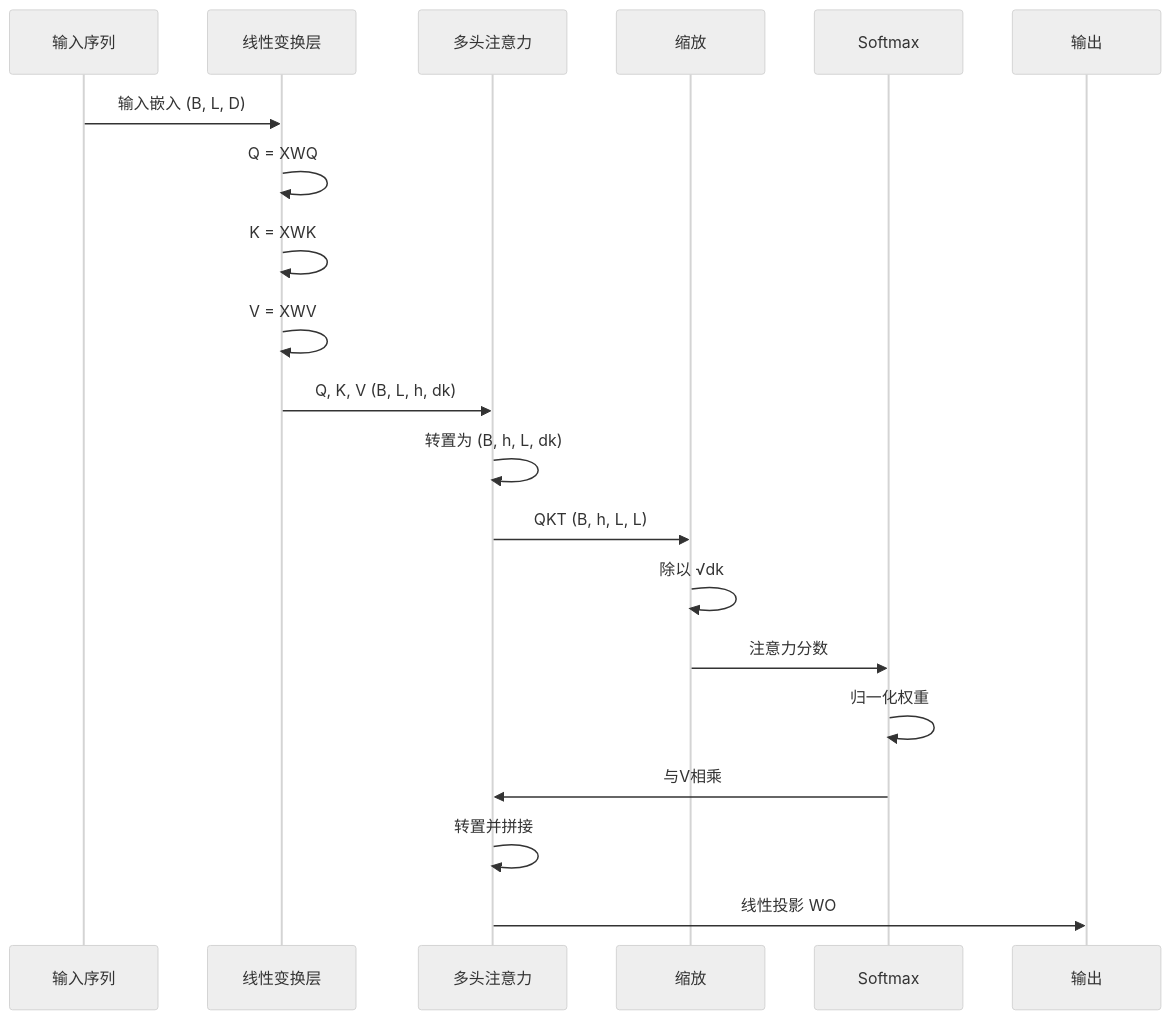
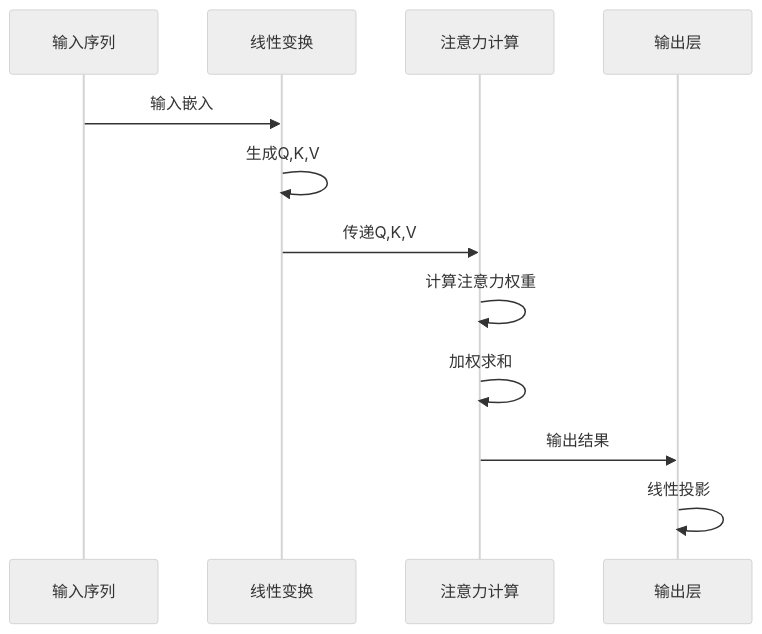
Before and after one commit to lizhenping/multi-head-self-attention: the seventh of 7 diagrams in docs/architecture.md, drawn with Mermaid (neutral theme). The commit also changed other lines of this file, not shown here.

````diff
--- a/docs/architecture.md
+++ b/docs/architecture.md
@@ -307,23 +198,15 @@
 ```mermaid
 sequenceDiagram
-    participant Input as 输入序列
-    participant Linear as 线性变换层
-    participant MHA as 多头注意力
-    participant Scale as 缩放
-    participant Softmax as Softmax
-    participant Output as 输出
+    participant I as 输入序列
+    participant L as 线性变换
+    participant A as 注意力计算
+    participant O as 输出层
     
-    Input->>Linear: 输入嵌入 (B, L, D)
-    Linear->>Linear: Q = XWQ
-    Linear->>Linear: K = XWK  
-    Linear->>Linear: V = XWV
-    Linear->>MHA: Q, K, V (B, L, h, dk)
-    MHA->>MHA: 转置为 (B, h, L, dk)
-    MHA->>Scale: QKT (B, h, L, L)
-    Scale->>Scale: 除以 √dk
-    Scale->>Softmax: 注意力分数
-    Softmax->>Softmax: 归一化权重
-    Softmax->>MHA: 与V相乘
-    MHA->>MHA: 转置并拼接
-    MHA->>Output: 线性投影 WO
+    I->>L: 输入嵌入
+    L->>L: 生成Q,K,V
+    L->>A: 传递Q,K,V
+    A->>A: 计算注意力权重
+    A->>A: 加权求和
+    A->>O: 输出结果
+    O->>O: 线性投影
 ```
````
